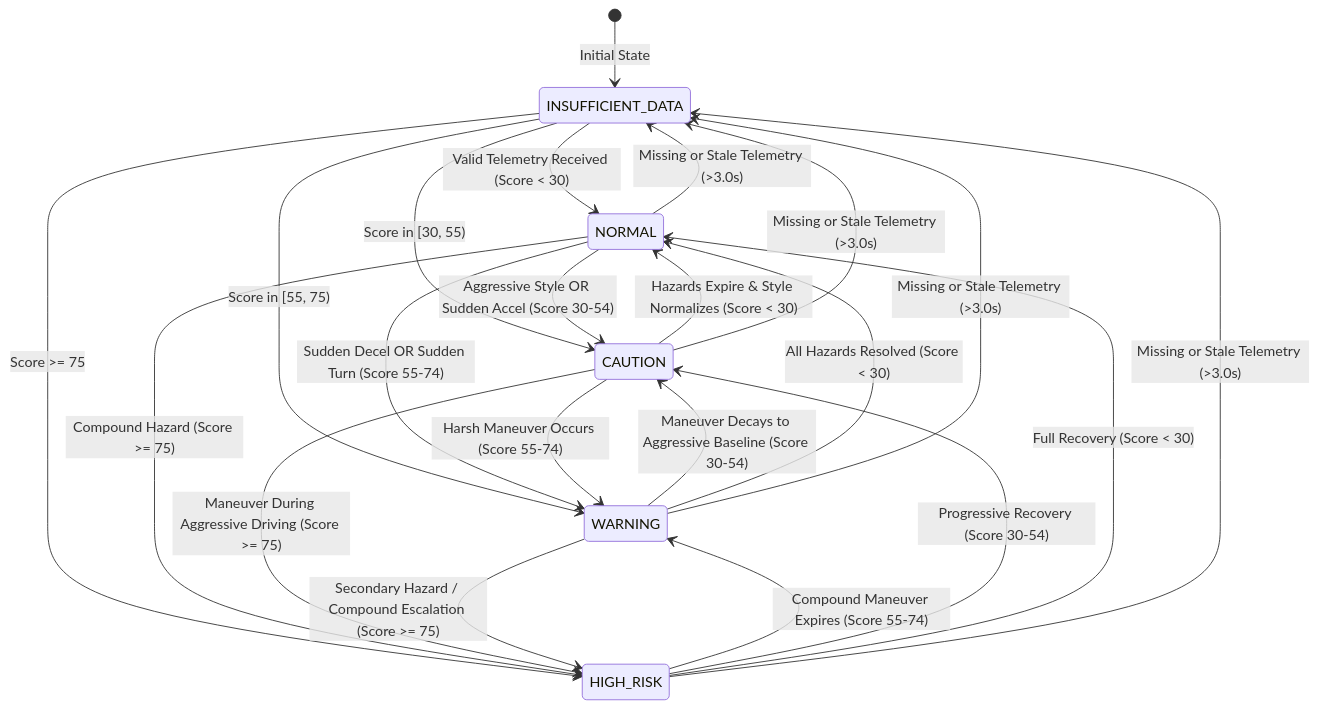
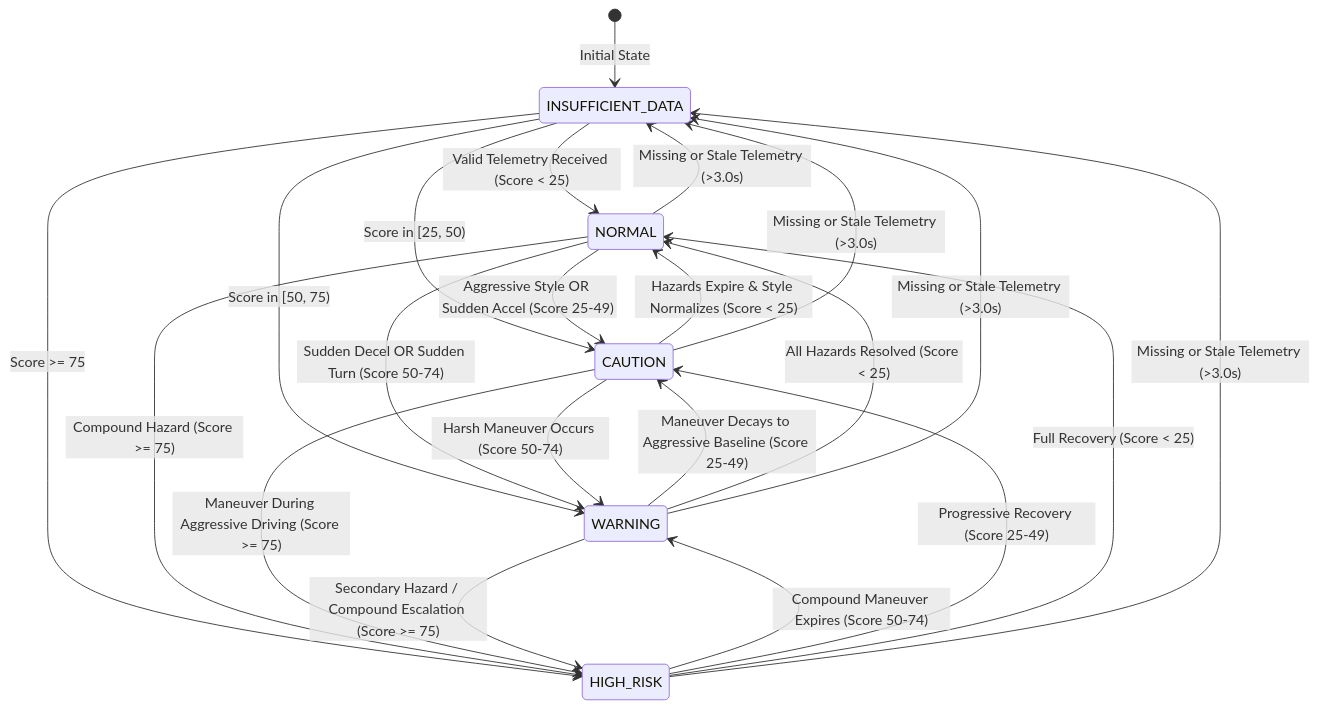
Before and after one commit to yeswanth225/driver-machine-learning-model: the second of 2 diagrams in reports/safety_agent/stage6_architecture.md, drawn with Mermaid. The commit also changed other lines of this file and 222 other files, not shown here.

````diff
--- a/reports/safety_agent/stage6_architecture.md
+++ b/reports/safety_agent/stage6_architecture.md
@@ -154,30 +160,30 @@
 ```mermaid
 stateDiagram-v2
     [*] --> INSUFFICIENT_DATA: Initial State
 
-    INSUFFICIENT_DATA --> NORMAL: Valid Telemetry Received (Score < 30)
-    INSUFFICIENT_DATA --> CAUTION: Score in [30, 55)
-    INSUFFICIENT_DATA --> WARNING: Score in [55, 75)
+    INSUFFICIENT_DATA --> NORMAL: Valid Telemetry Received (Score < 25)
+    INSUFFICIENT_DATA --> CAUTION: Score in [25, 50)
+    INSUFFICIENT_DATA --> WARNING: Score in [50, 75)
     INSUFFICIENT_DATA --> HIGH_RISK: Score >= 75
 
-    NORMAL --> CAUTION: Aggressive Style OR Sudden Accel (Score 30-54)
-    NORMAL --> WARNING: Sudden Decel OR Sudden Turn (Score 55-74)
+    NORMAL --> CAUTION: Aggressive Style OR Sudden Accel (Score 25-49)
+    NORMAL --> WARNING: Sudden Decel OR Sudden Turn (Score 50-74)
     NORMAL --> HIGH_RISK: Compound Hazard (Score >= 75)
 
-    CAUTION --> NORMAL: Hazards Expire & Style Normalizes (Score < 30)
-    CAUTION --> WARNING: Harsh Maneuver Occurs (Score 55-74)
+    CAUTION --> NORMAL: Hazards Expire & Style Normalizes (Score < 25)
+    CAUTION --> WARNING: Harsh Maneuver Occurs (Score 50-74)
     CAUTION --> HIGH_RISK: Maneuver During Aggressive Driving (Score >= 75)
 
-    WARNING --> CAUTION: Maneuver Decays to Aggressive Baseline (Score 30-54)
-    WARNING --> NORMAL: All Hazards Resolved (Score < 30)
+    WARNING --> CAUTION: Maneuver Decays to Aggressive Baseline (Score 25-49)
+    WARNING --> NORMAL: All Hazards Resolved (Score < 25)
     WARNING --> HIGH_RISK: Secondary Hazard / Compound Escalation (Score >= 75)
 
-    HIGH_RISK --> WARNING: Compound Maneuver Expires (Score 55-74)
-    HIGH_RISK --> CAUTION: Progressive Recovery (Score 30-54)
-    HIGH_RISK --> NORMAL: Full Recovery (Score < 30)
+    HIGH_RISK --> WARNING: Compound Maneuver Expires (Score 50-74)
+    HIGH_RISK --> CAUTION: Progressive Recovery (Score 25-49)
+    HIGH_RISK --> NORMAL: Full Recovery (Score < 25)
 
     NORMAL --> INSUFFICIENT_DATA: Missing or Stale Telemetry (>3.0s)
     CAUTION --> INSUFFICIENT_DATA: Missing or Stale Telemetry (>3.0s)
     WARNING --> INSUFFICIENT_DATA: Missing or Stale Telemetry (>3.0s)
     HIGH_RISK --> INSUFFICIENT_DATA: Missing or Stale Telemetry (>3.0s)
 ```
````
